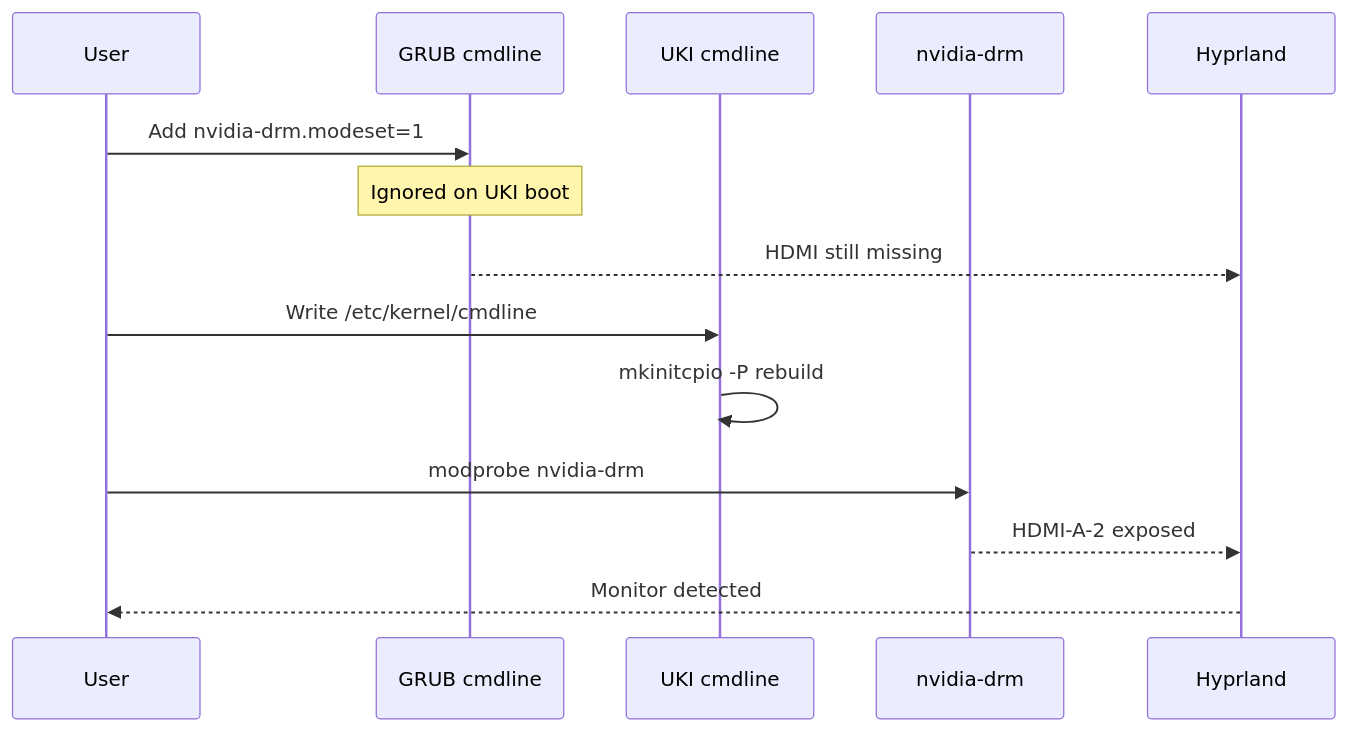
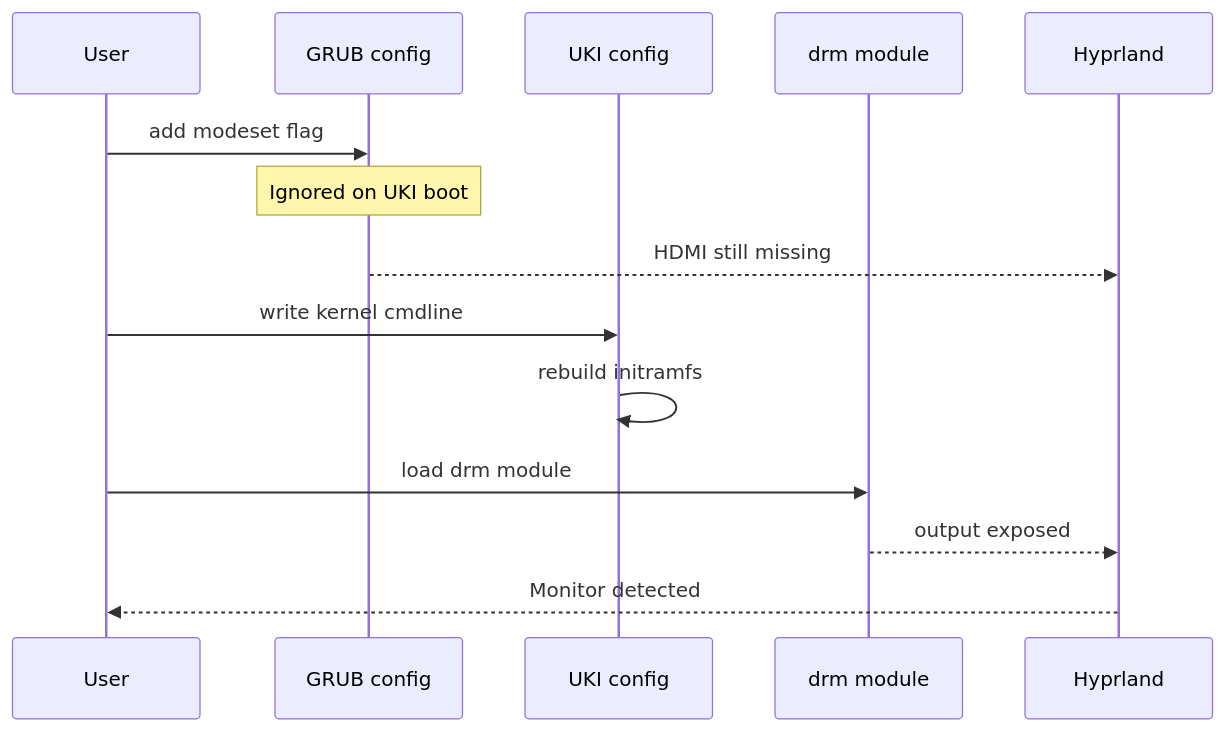
Before and after one commit to 444Nazky/My-Vault: the eighth of 11 diagrams in System/Fixes/Visual-Guides.md, drawn with Mermaid. The commit also changed other lines of this file and 8 other files, not shown here.

````diff
--- a/System/Fixes/Visual-Guides.md
+++ b/System/Fixes/Visual-Guides.md
@@ -194,17 +194,17 @@
 ```mermaid
 sequenceDiagram
     participant U as User
-    participant G as GRUB cmdline
-    participant K as UKI cmdline
-    participant M as nvidia-drm
+    participant G as GRUB config
+    participant K as UKI config
+    participant M as drm module
     participant H as Hyprland
 
-    U->>G: Add nvidia-drm.modeset=1
+    U->>G: add modeset flag
     Note over G: Ignored on UKI boot
     G-->>H: HDMI still missing
-    U->>K: Write /etc/kernel/cmdline
-    K->>K: mkinitcpio -P rebuild
-    U->>M: modprobe nvidia-drm
-    M-->>H: HDMI-A-2 exposed
+    U->>K: write kernel cmdline
+    K->>K: rebuild initramfs
+    U->>M: load drm module
+    M-->>H: output exposed
     H-->>U: Monitor detected
 ```
````
